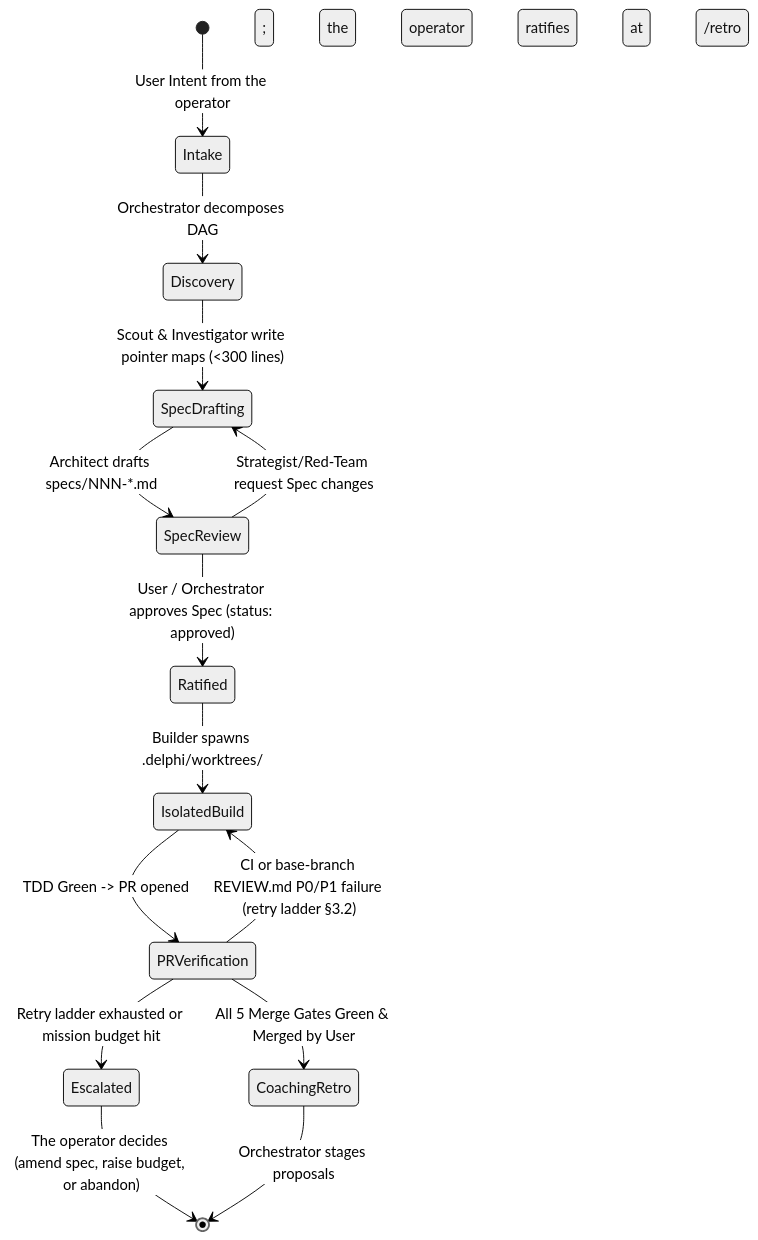
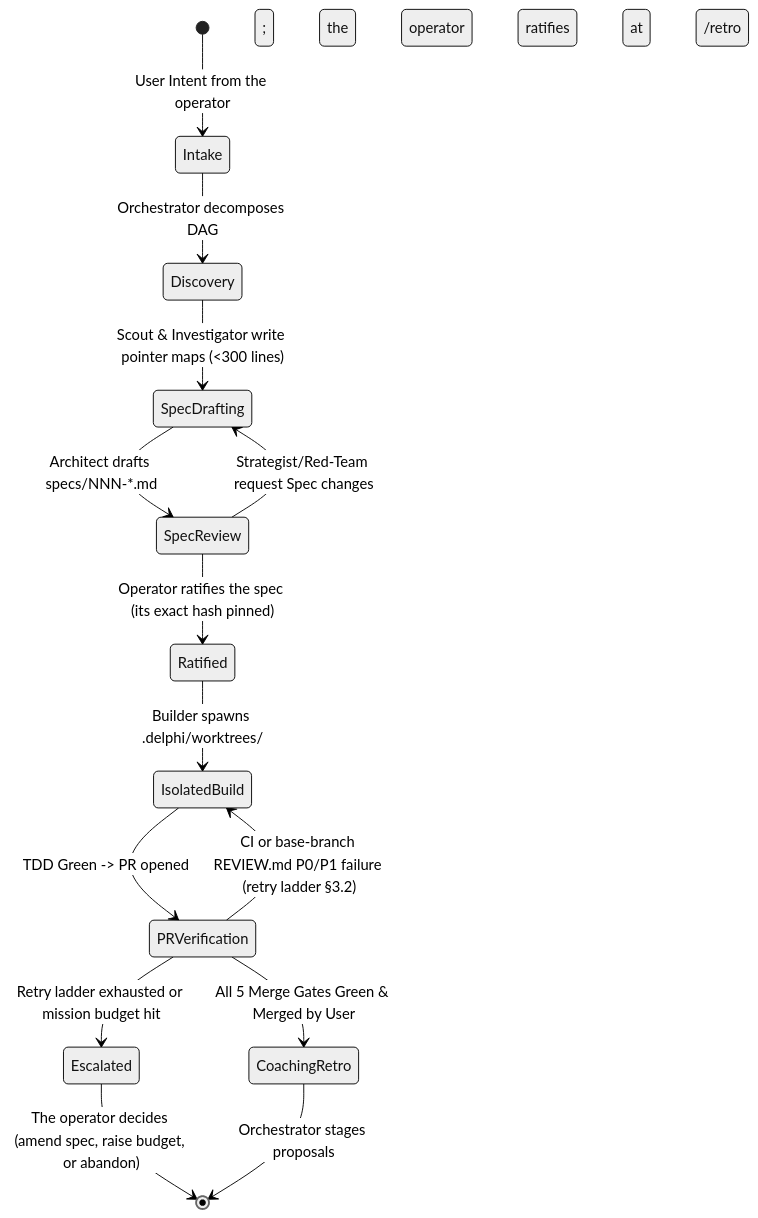
One commit to jessevondoom/delphi changed the first of 2 diagrams in specs/003-collaboration-and-council.md. Above: the diagram before and after it, drawn with Mermaid (neutral theme). The commit also changed other lines of this file and 26 other files, not shown here.

````diff
--- a/specs/003-collaboration-and-council.md
+++ b/specs/003-collaboration-and-council.md
@@ -46,16 +54,16 @@
 ```mermaid
 stateDiagram-v2
     [*] --> Intake: User Intent from the operator
     Intake --> Discovery: Orchestrator decomposes DAG
     Discovery --> SpecDrafting: Scout & Investigator write pointer maps (<300 lines)
     SpecDrafting --> SpecReview: Architect drafts specs/NNN-*.md
     SpecReview --> SpecDrafting: Strategist/Red-Team request Spec changes
-    SpecReview --> Ratified: User / Orchestrator approves Spec (status: approved)
+    SpecReview --> Ratified: Operator ratifies the spec (its exact hash pinned)
     Ratified --> IsolatedBuild: Builder spawns .delphi/worktrees/<task-id>
     IsolatedBuild --> PRVerification: TDD Green -> PR opened
     PRVerification --> IsolatedBuild: CI or base-branch REVIEW.md P0/P1 failure (retry ladder §3.2)
     PRVerification --> Escalated: Retry ladder exhausted or mission budget hit
     Escalated --> [*]: The operator decides (amend spec, raise budget, or abandon)
     PRVerification --> CoachingRetro: All 5 Merge Gates Green & Merged by User
     CoachingRetro --> [*]: Orchestrator stages proposals; the operator ratifies at /retro
 ```
````
